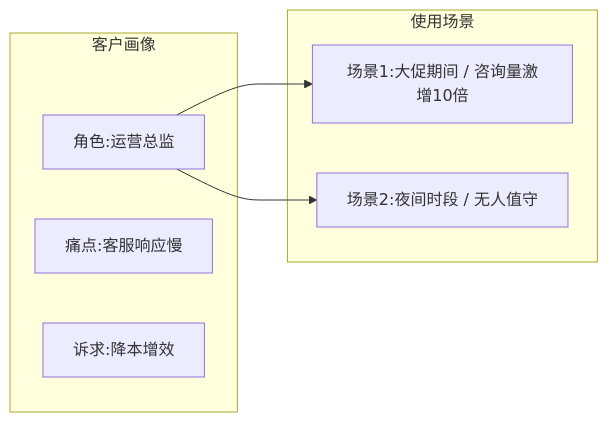
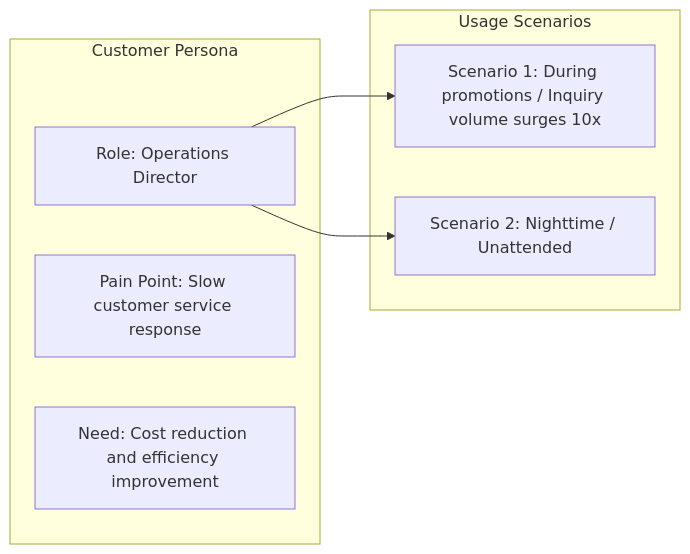
Before and after one commit to Kirky-X/cangjie: the fourth of 11 diagrams in templates/产品/战略层/【模板】项目任务书.md, drawn with Mermaid. The commit also changed other lines of this file and 60 other files, not shown here.

````diff
--- a/templates/产品/战略层/【模板】项目任务书.md
+++ b/templates/产品/战略层/【模板】项目任务书.md
@@ -214,14 +214,14 @@
 ```mermaid
 flowchart LR
-    subgraph 客户画像
-        C1[角色:运营总监]
-        C2[痛点:客服响应慢]
-        C3[诉求:降本增效]
+    subgraph Customer Persona
+        C1[Role: Operations Director]
+        C2[Pain Point: Slow customer service response]
+        C3[Need: Cost reduction and efficiency improvement]
     end
-    subgraph 使用场景
-        S1[场景1:大促期间 / 咨询量激增10倍]
-        S2[场景2:夜间时段 / 无人值守]
+    subgraph Usage Scenarios
+        S1[Scenario 1: During promotions / Inquiry volume surges 10x]
+        S2[Scenario 2: Nighttime / Unattended]
     end
     C1 --> S1
     C1 --> S2
 ```
````
